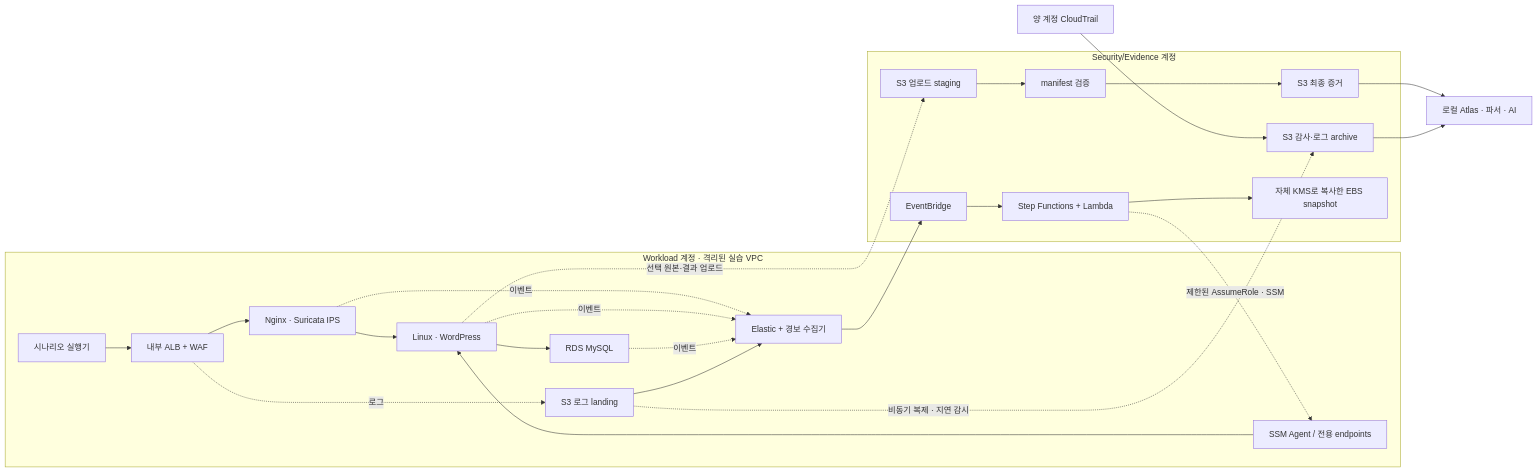
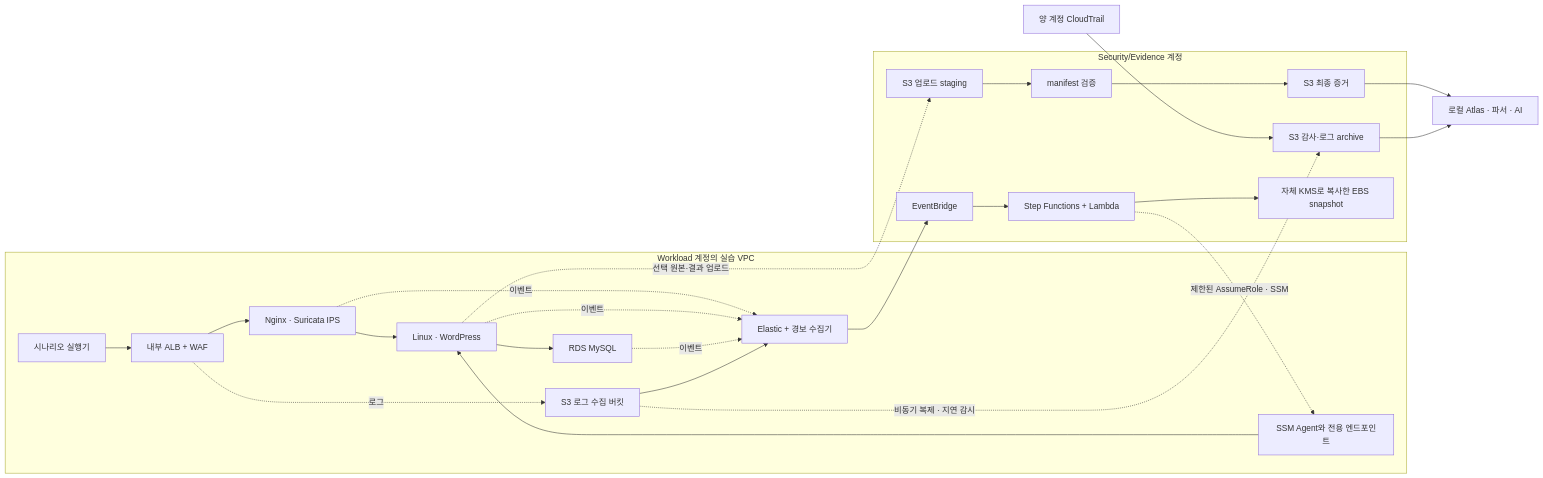
The diagram in cloud-lab/CLOUD_FORENSICS.md (acvbbnm/dfir), drawn with Mermaid before and after one commit. The commit also changed 7 other files, not shown here.

```diff
--- a/cloud-lab/CLOUD_FORENSICS.md
+++ b/cloud-lab/CLOUD_FORENSICS.md
@@ -54,28 +54,28 @@
 ~~~mermaid
 flowchart LR
-    subgraph W["Workload 계정 · 격리된 실습 VPC"]
+    subgraph W["Workload 계정의 실습 VPC"]
       T["시나리오 실행기"] --> ALB["내부 ALB + WAF"]
       ALB --> WEB["Nginx · Suricata IPS"] --> APP["Linux · WordPress"] --> DB["RDS MySQL"]
       WEB -. "이벤트" .-> SOC["Elastic + 경보 수집기"]
       APP -. "이벤트" .-> SOC
       DB -. "이벤트" .-> SOC
-      LAND["S3 로그 landing"] --> SOC
+      LAND["S3 로그 수집 버킷"] --> SOC
       ALB -. "로그" .-> LAND
-      SSM["SSM Agent / 전용 endpoints"] --> APP
+      SSM["SSM Agent와 전용 엔드포인트"] --> APP
     end
     subgraph S["Security/Evidence 계정"]
       RAW["S3 감사·로그 archive"]
       STAGE["S3 업로드 staging"] --> VERIFY["manifest 검증"]
       VERIFY --> FINAL["S3 최종 증거"]
       EV["EventBridge"] --> SF["Step Functions + Lambda"]
       SNAP["자체 KMS로 복사한 EBS snapshot"]
     end
     LAND -. "비동기 복제 · 지연 감시" .-> RAW
     CT["양 계정 CloudTrail"] --> RAW
     SOC --> EV
     SF -. "제한된 AssumeRole · SSM" .-> SSM
     APP -. "선택 원본·결과 업로드" .-> STAGE
     SF --> SNAP
     FINAL --> PC["로컬 Atlas · 파서 · AI"]
     RAW --> PC
 ~~~
```
